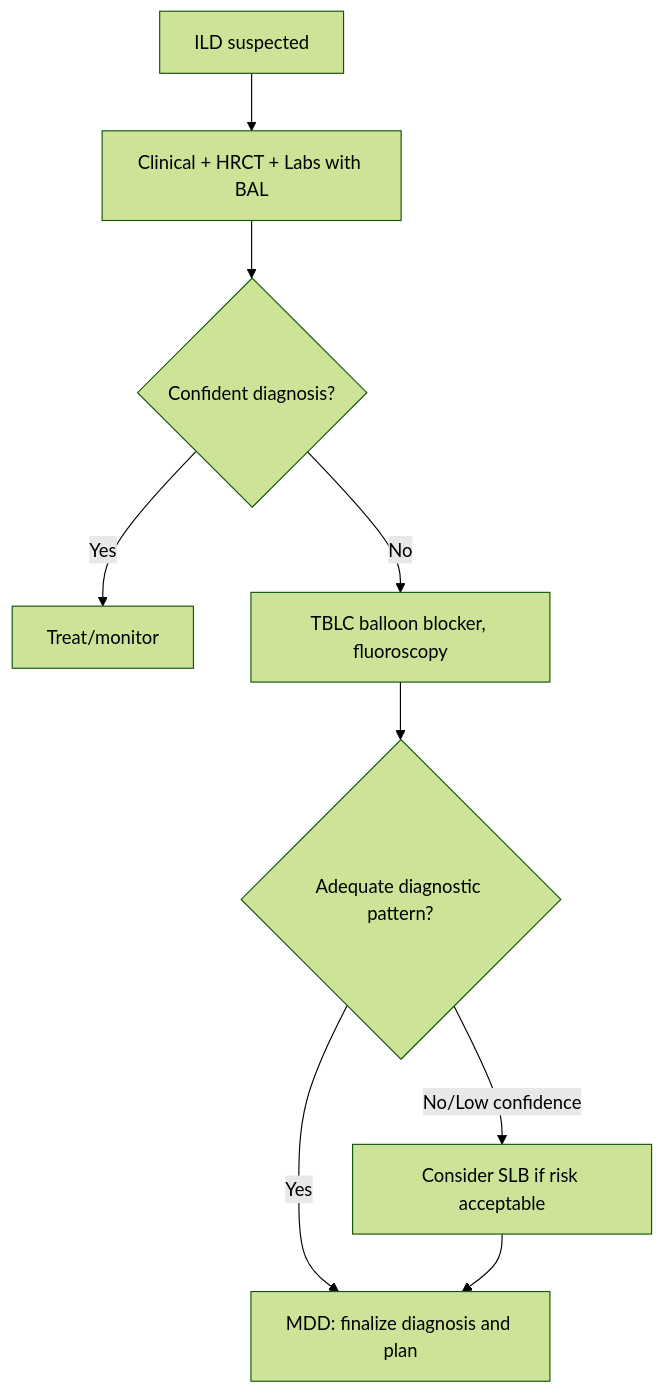
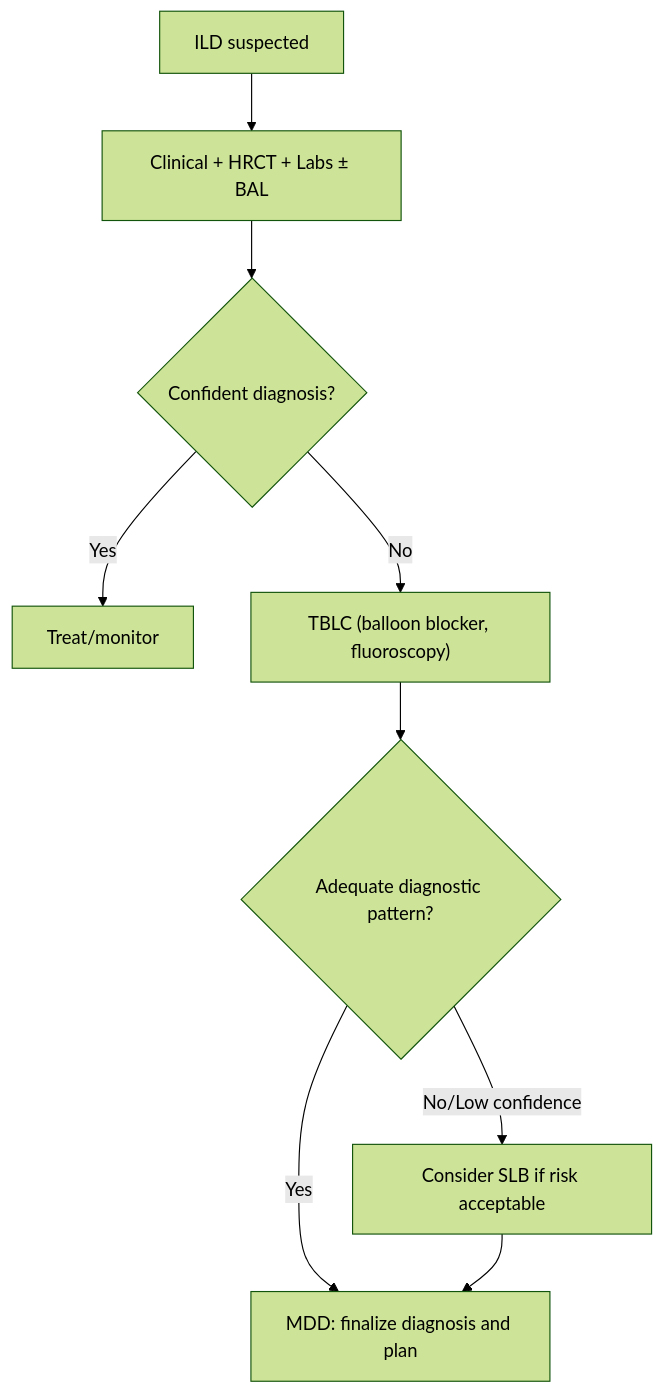
Before and after one commit to russellmiller49/Interventional-Pulm-Education-Project: the second of 2 diagrams in content/modules/board/peripheral-biopsy-techniques-conventional-sampling-and-transbronchial-cryobiopsy.mdx, drawn with Mermaid (forest theme). The commit also changed other lines of this file and 45 other files, not shown here.

````diff
--- a/content/modules/board/peripheral-biopsy-techniques-conventional-sampling-and-transbronchial-cryobiopsy.mdx
+++ b/content/modules/board/peripheral-biopsy-techniques-conventional-sampling-and-transbronchial-cryobiopsy.mdx
@@ -198,11 +149,11 @@
 ```mermaid
 flowchart TD
-A[ILD suspected] --> B[Clinical + HRCT + Labs with BAL]
-B --> C{Confident diagnosis?}
-C -->|Yes| D[Treat/monitor]
-C -->|No| E[TBLC balloon blocker, fluoroscopy]
-E --> F{Adequate diagnostic pattern?}
-F -->|Yes| G[MDD: finalize diagnosis and plan]
-F -->|No/Low confidence| H[Consider SLB if risk acceptable]
-H --> G
+    A["ILD suspected"] --> B["Clinical + HRCT + Labs ± BAL"]
+    B --> C{"Confident diagnosis?"}
+    C -- "Yes" --> D["Treat/monitor"]
+    C -- "No" --> E["TBLC (balloon blocker, fluoroscopy)"]
+    E --> F{"Adequate diagnostic pattern?"}
+    F -- "Yes" --> G["MDD: finalize diagnosis and plan"]
+    F -- "No/Low confidence" --> H["Consider SLB if risk acceptable"]
+    H --> G
 ```
````
